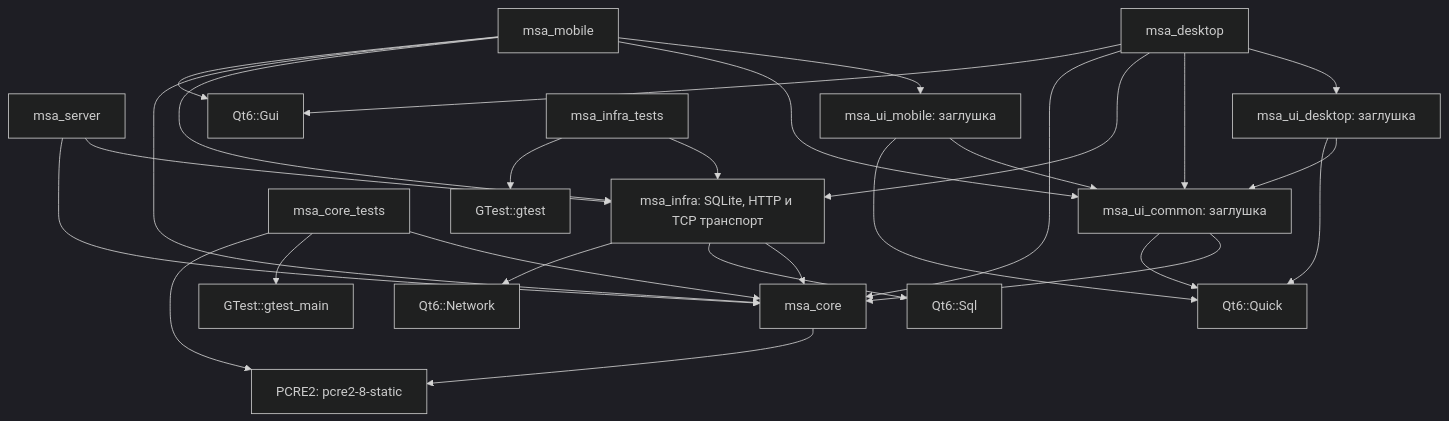
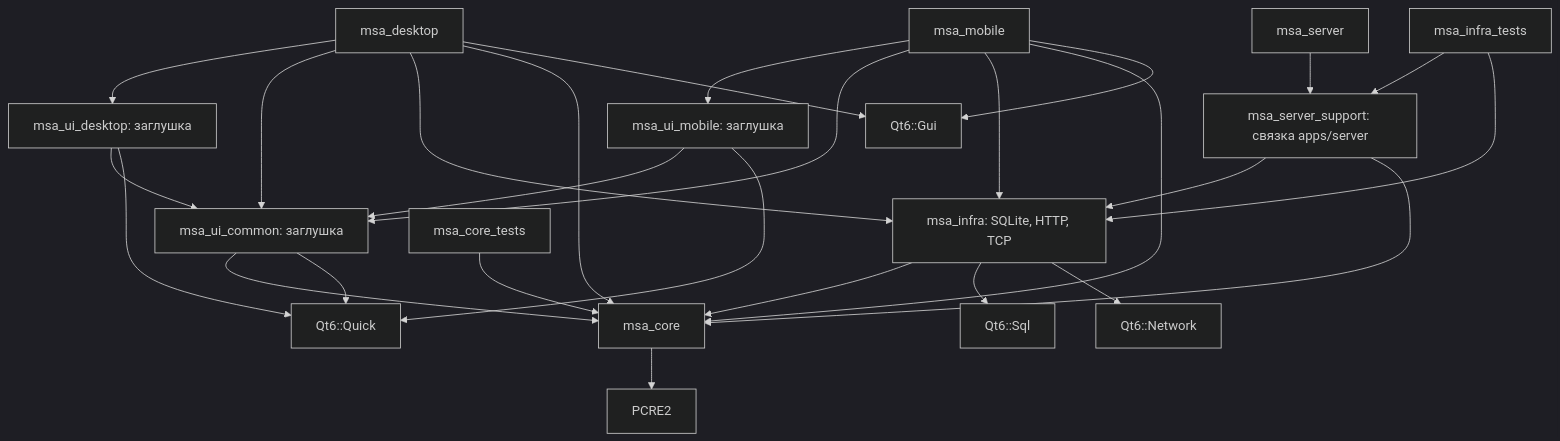
One commit to TasFoma/MySuperAssistant changed the first of 2 diagrams in docs/architecture.md. Above: the diagram before and after it, drawn with Mermaid (dark theme). The commit also changed other lines of this file and 43 other files, not shown here.

````diff
--- a/docs/architecture.md
+++ b/docs/architecture.md
@@ -81,30 +42,29 @@
 ```mermaid
 flowchart TD
-    server[msa_server] --> infra[msa_infra: SQLite, HTTP и TCP транспорт]
-    server --> core[msa_core]
+    server[msa_server] --> support[msa_server_support: связка apps/server]
+    support --> infra[msa_infra: SQLite, HTTP, TCP]
+    support --> core[msa_core]
     desktop[msa_desktop] --> desktopUI[msa_ui_desktop: заглушка]
     desktop --> common[msa_ui_common: заглушка]
     desktop --> infra
     desktop --> core
     desktop --> gui[Qt6::Gui]
     mobile[msa_mobile] --> mobileUI[msa_ui_mobile: заглушка]
     mobile --> common
     mobile --> infra
     mobile --> core
     mobile --> gui
     desktopUI --> common
     desktopUI --> quick[Qt6::Quick]
     mobileUI --> common
     mobileUI --> quick
     common --> core
     common --> quick
     infra --> core
     infra --> sql[Qt6::Sql]
     infra --> network[Qt6::Network]
-    core --> pcre[PCRE2: pcre2-8-static]
-    tests[msa_core_tests] --> core
-    tests --> gtest[GTest::gtest_main]
-    tests --> pcre
-    infraTests[msa_infra_tests] --> infra
-    infraTests --> infraGtest[GTest::gtest]
+    core --> pcre[PCRE2]
+    coreTests[msa_core_tests] --> core
+    infraTests[msa_infra_tests] --> support
+    infraTests --> infra
 ```
````
